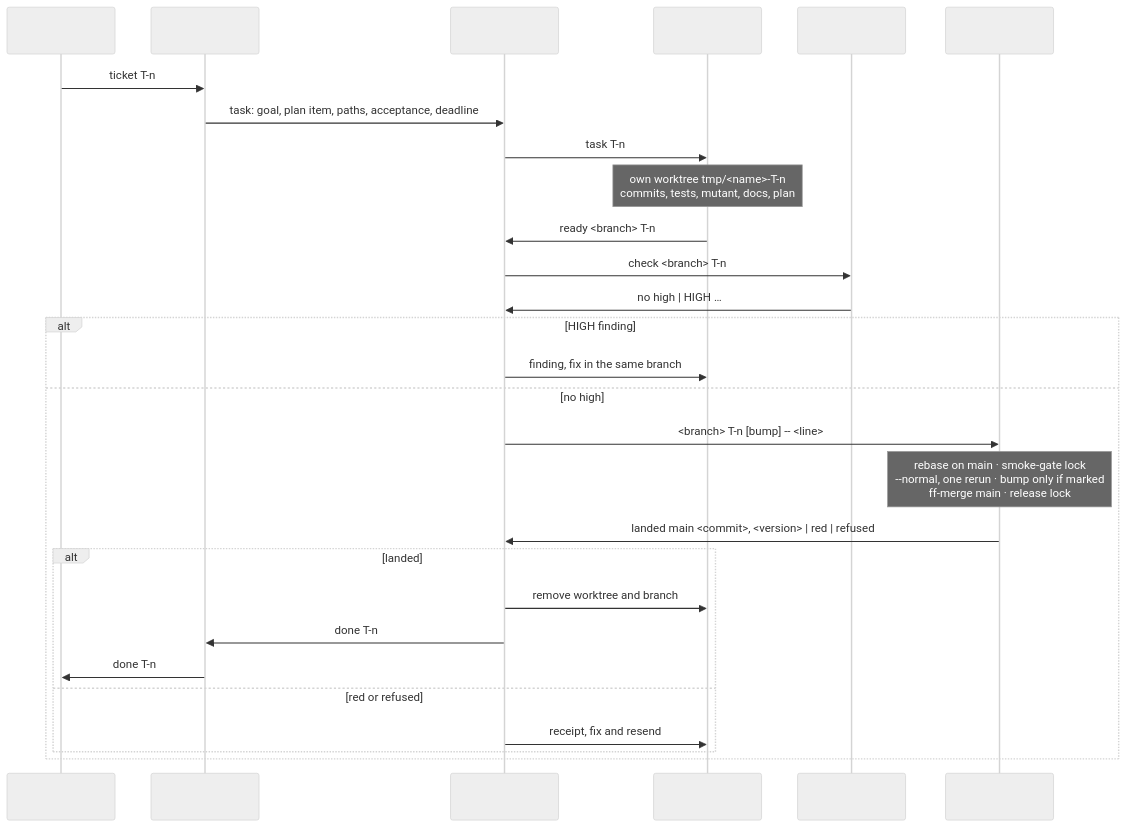
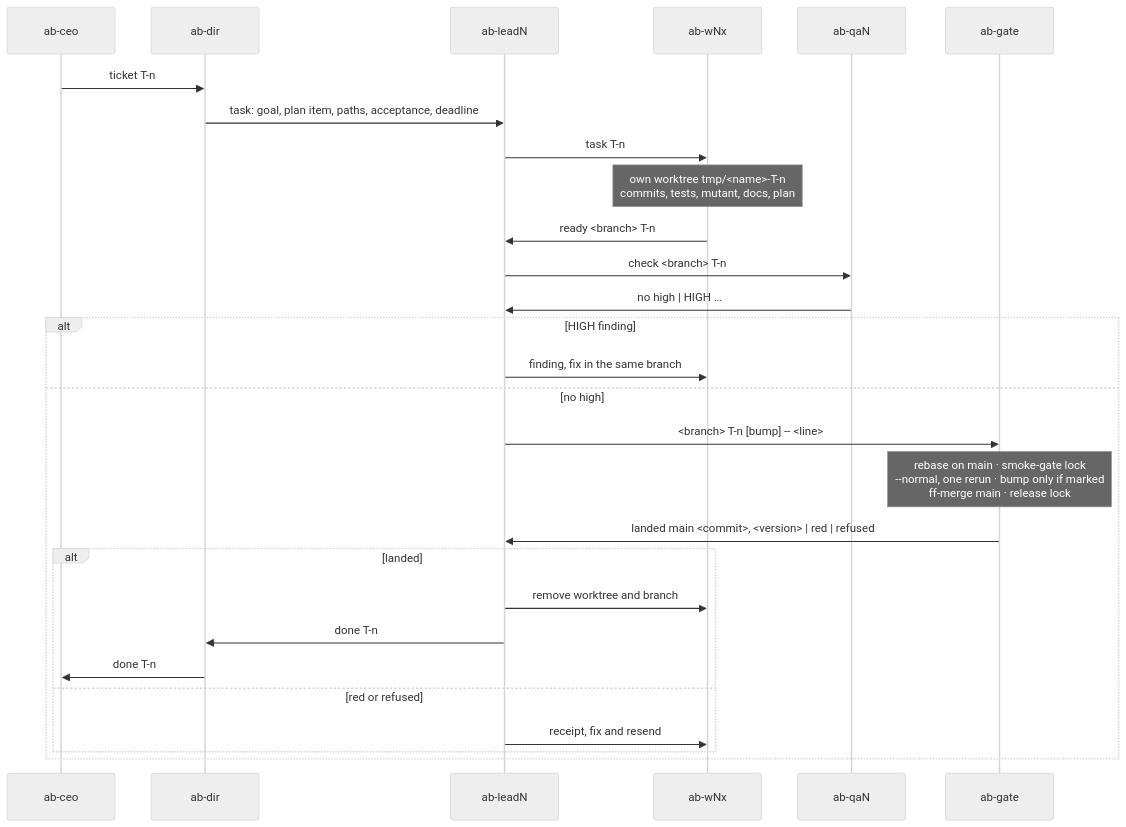
One commit to parf/ai-agent-bus changed the third of 3 diagrams in Plans/Team.v2/README.md. Above: the diagram before and after it, drawn with Mermaid (neutral theme). The commit also changed other lines of this file, not shown here.

Commit message:
Team v2 diagrams split into an overview and one team, sized for a narrow column

````diff
--- a/Plans/Team.v2/README.md
+++ b/Plans/Team.v2/README.md
@@ -61,30 +81,30 @@
 ```mermaid
 sequenceDiagram
-  participant ceo as #ab-ceo
-  participant dir as #ab-dir
-  participant lead as #ab-leadN
-  participant w as #ab-wNx
-  participant qa as #ab-qaN
-  participant gate as #ab-gate
+  participant ceo as ab-ceo
+  participant dir as ab-dir
+  participant lead as ab-leadN
+  participant w as ab-wNx
+  participant qa as ab-qaN
+  participant gate as ab-gate
   ceo->>dir: ticket T-n
   dir->>lead: task: goal, plan item, paths, acceptance, deadline
   lead->>w: task T-n
   Note over w: own worktree tmp/<name>-T-n<br/>commits, tests, mutant, docs, plan
   w->>lead: ready <branch> T-n
   lead->>qa: check <branch> T-n
   qa->>lead: no high | HIGH …
   alt HIGH finding
     lead->>w: finding, fix in the same branch
   else no high
     lead->>gate: <branch> T-n [bump] -- <line>
     Note over gate: rebase on main · smoke-gate lock<br/>--normal, one rerun · bump only if marked<br/>ff-merge main · release lock
     gate->>lead: landed main <commit>, <version> | red | refused
     alt landed
       lead->>w: remove worktree and branch
       lead->>dir: done T-n
       dir->>ceo: done T-n
     else red or refused
       lead->>w: receipt, fix and resend
     end
   end
 ```
````
